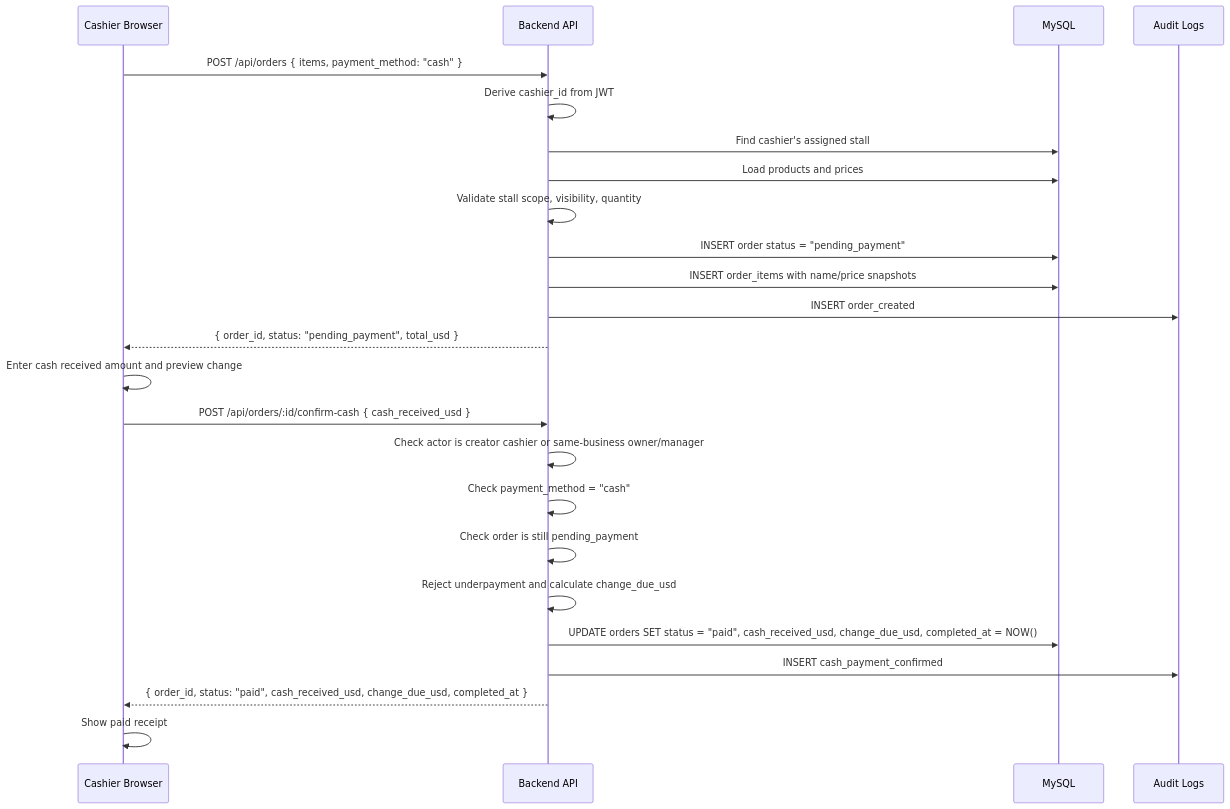
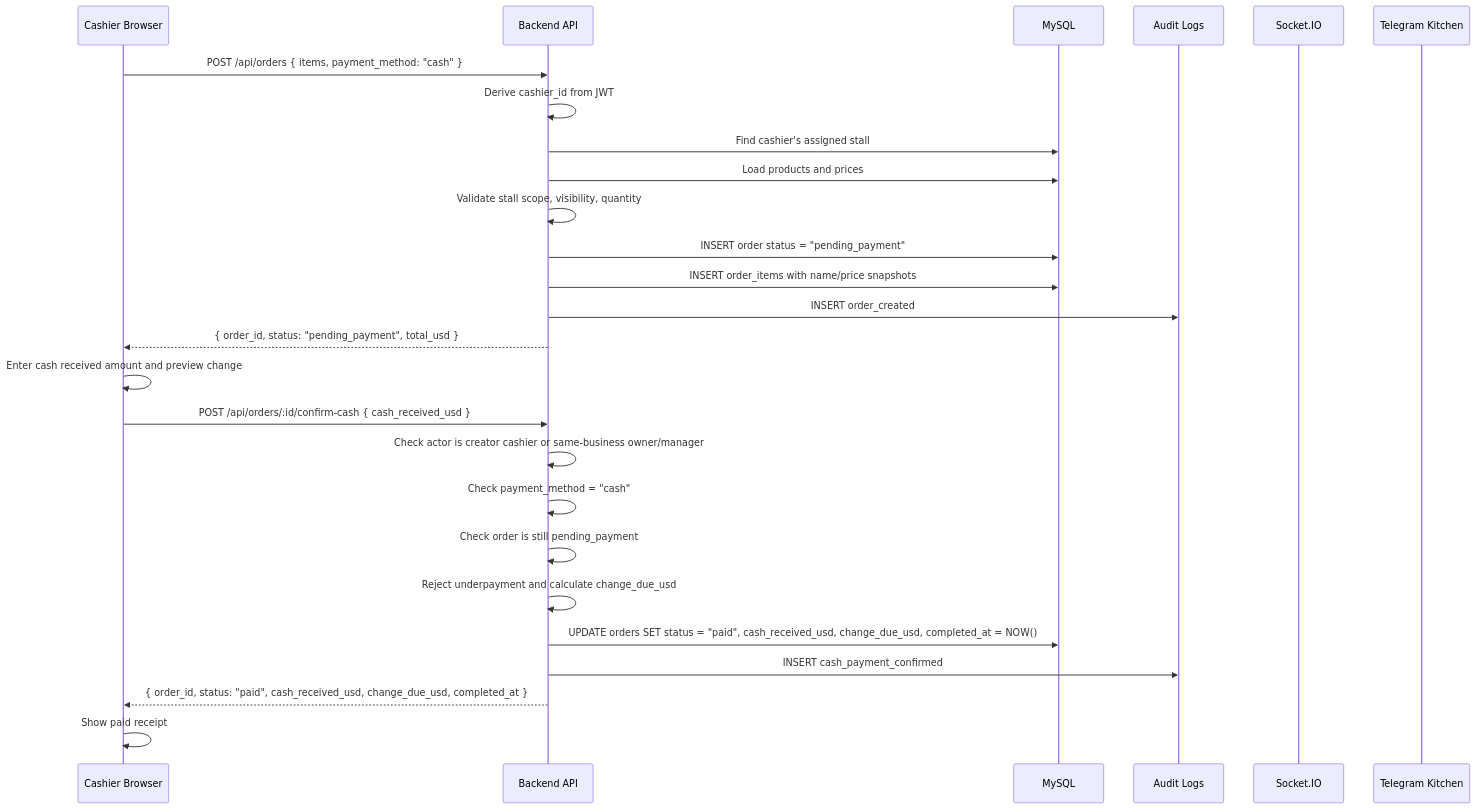
One commit to sothyvan/TOUB_POS changed the first of 2 diagrams in docs/design/payment-flow.md. Above: the diagram before and after it, drawn with Mermaid. The commit also changed other lines of this file and 30 other files, not shown here.

Commit message:
feat(payment): integrate Socket.IO for real-time payment confirmation and kitchen ticket updates

````diff
--- a/docs/design/payment-flow.md
+++ b/docs/design/payment-flow.md
@@ -9,28 +9,30 @@
 ```mermaid
 sequenceDiagram
     participant C as Cashier Browser
     participant API as Backend API
     participant DB as MySQL
     participant AUD as Audit Logs
+    participant WS as Socket.IO
+    participant TG as Telegram Kitchen
 
     C->>API: POST /api/orders { items, payment_method: "cash" }
     API->>API: Derive cashier_id from JWT
     API->>DB: Find cashier's assigned stall
     API->>DB: Load products and prices
     API->>API: Validate stall scope, visibility, quantity
     API->>DB: INSERT order status = "pending_payment"
     API->>DB: INSERT order_items with name/price snapshots
     API->>AUD: INSERT order_created
     API-->>C: { order_id, status: "pending_payment", total_usd }
 
     C->>C: Enter cash received amount and preview change
     C->>API: POST /api/orders/:id/confirm-cash { cash_received_usd }
     API->>API: Check actor is creator cashier or same-business owner/manager
     API->>API: Check payment_method = "cash"
     API->>API: Check order is still pending_payment
     API->>API: Reject underpayment and calculate change_due_usd
     API->>DB: UPDATE orders SET status = "paid", cash_received_usd, change_due_usd, completed_at = NOW()
     API->>AUD: INSERT cash_payment_confirmed
     API-->>C: { order_id, status: "paid", cash_received_usd, change_due_usd, completed_at }
     C->>C: Show paid receipt
 ```
````
